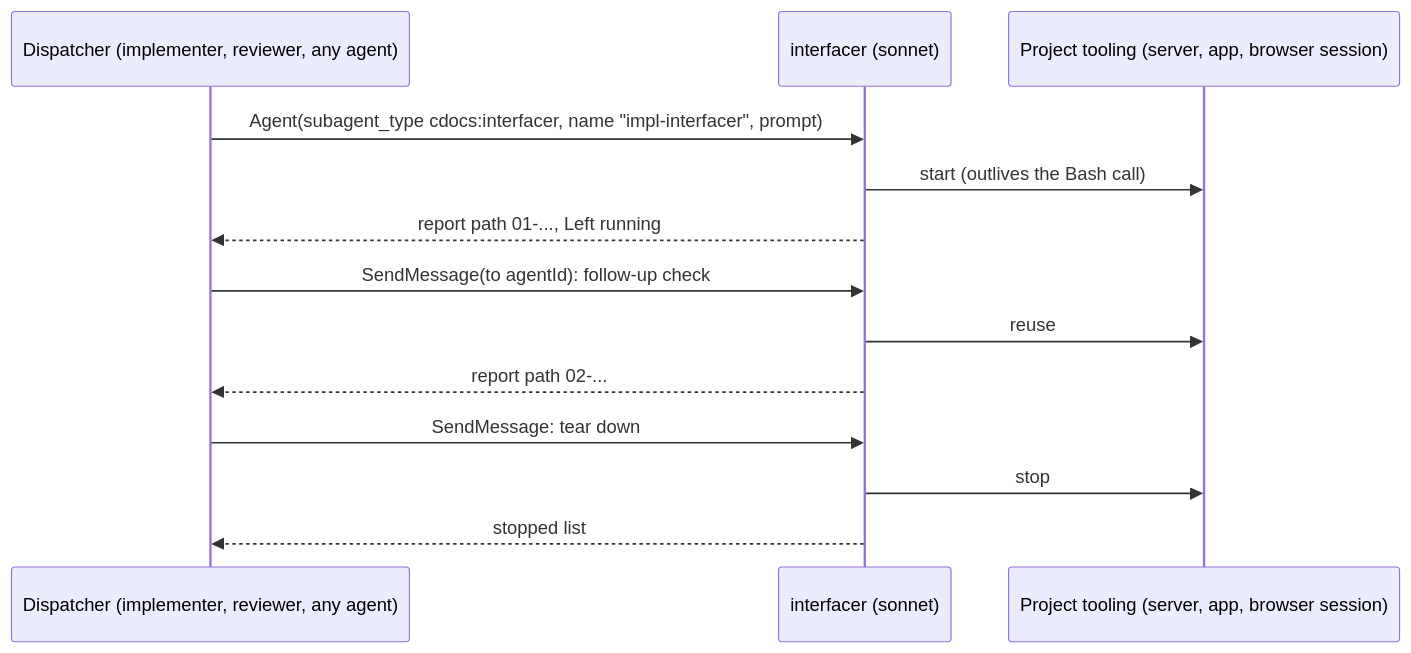
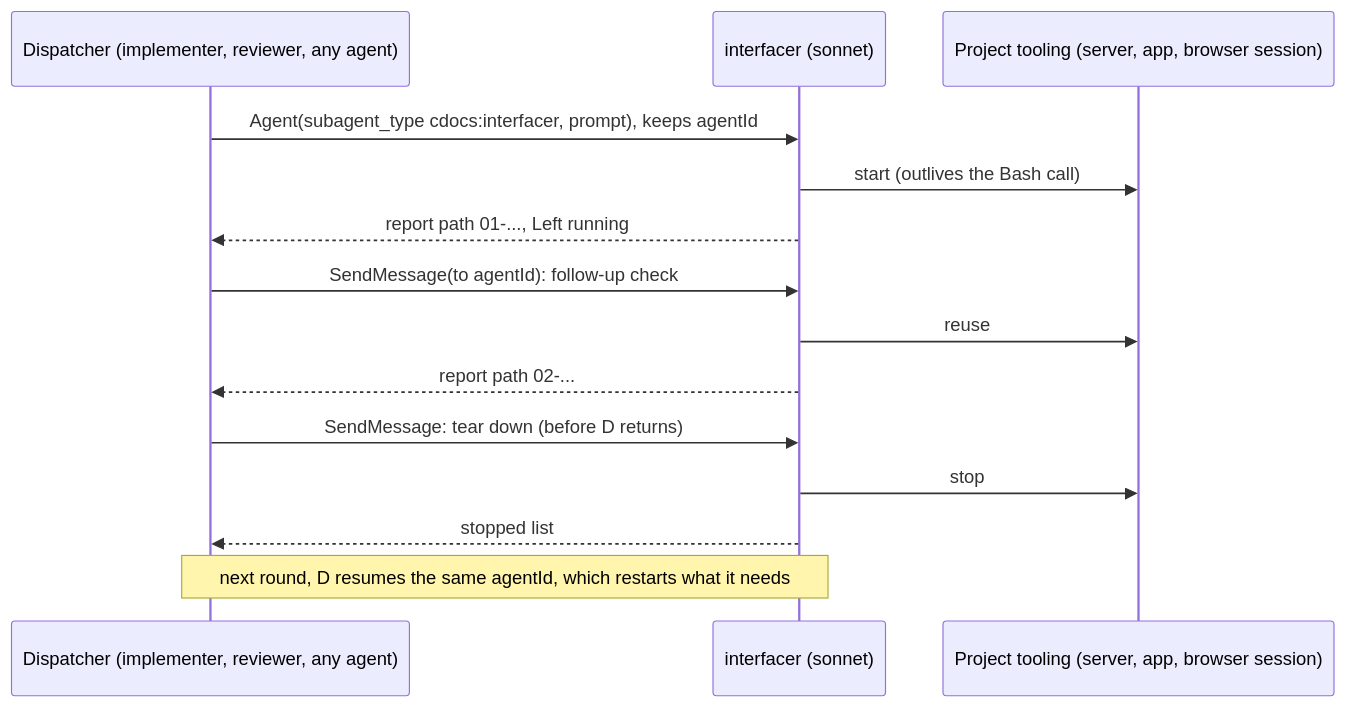
Before and after one commit to weftwiseink/clauthier: the diagram in cdocs/proposals/2026-10-08-interfacer-agent.md, drawn with Mermaid. The commit also changed other lines of this file, not shown here.

First line of the commit message:
docs(cdocs): revise interfacer proposal per round 1 review

````diff
--- a/cdocs/proposals/2026-10-08-interfacer-agent.md
+++ b/cdocs/proposals/2026-10-08-interfacer-agent.md
@@ -168,15 +159,16 @@
 ```mermaid
 sequenceDiagram
   participant D as Dispatcher (implementer, reviewer, any agent)
   participant I as interfacer (sonnet)
   participant T as Project tooling (server, app, browser session)
-  D->>I: Agent(subagent_type cdocs:interfacer, name "impl-interfacer", prompt)
+  D->>I: Agent(subagent_type cdocs:interfacer, prompt), keeps agentId
   I->>T: start (outlives the Bash call)
   I-->>D: report path 01-..., Left running
   D->>I: SendMessage(to agentId): follow-up check
   I->>T: reuse
   I-->>D: report path 02-...
-  D->>I: SendMessage: tear down
+  D->>I: SendMessage: tear down (before D returns)
   I->>T: stop
   I-->>D: stopped list
+  Note over D,I: next round, D resumes the same agentId, which restarts what it needs
 ```
````
